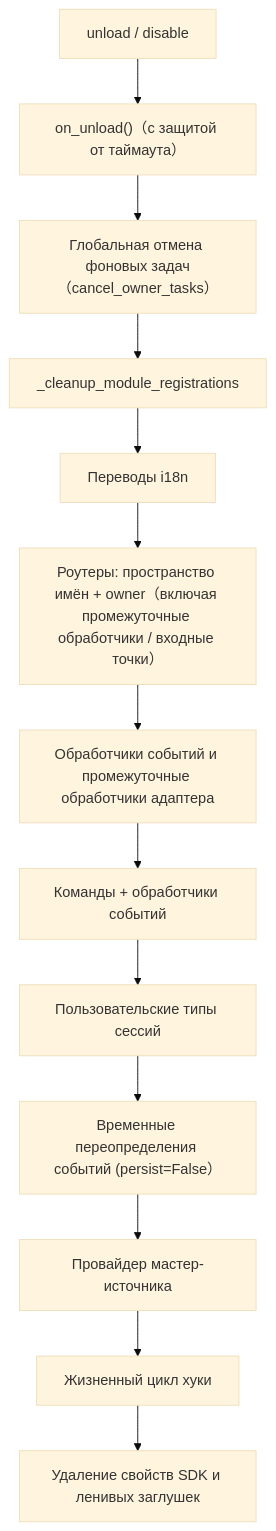
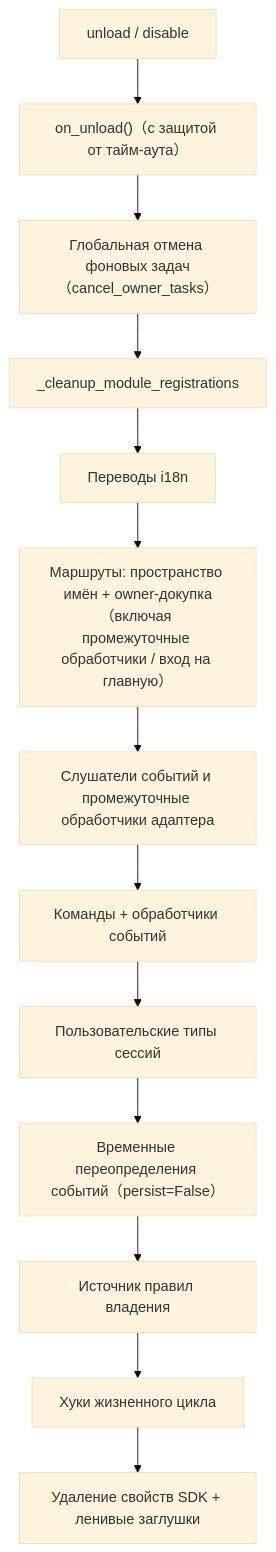
The diagram in docs/ru/advanced/ownership.md (ErisPulse/ErisPulse), drawn with Mermaid (base theme) before and after one commit. The commit also changed other lines of this file and 39 other files, not shown here.

````diff
--- a/docs/ru/advanced/ownership.md
+++ b/docs/ru/advanced/ownership.md
@@ -71,15 +73,15 @@
 ```mermaid
 flowchart TD
-    A["unload / disable"] --> B["on_unload()（с защитой от таймаута）"]
+    A["unload / disable"] --> B["on_unload()（с защитой от тайм-аута）"]
     B --> C["Глобальная отмена фоновых задач（cancel_owner_tasks）"]
     C --> D["_cleanup_module_registrations"]
     D --> D1["Переводы i18n"]
-    D1 --> D2["Роутеры: пространство имён + owner（включая промежуточные обработчики / входные точки）"]
-    D2 --> D3["Обработчики событий и промежуточные обработчики адаптера"]
+    D1 --> D2["Маршруты: пространство имён + owner-докупка<br/>（включая промежуточные обработчики / вход на главную）"]
+    D2 --> D3["Слушатели событий и промежуточные обработчики адаптера"]
     D3 --> D4["Команды + обработчики событий"]
     D4 --> D5["Пользовательские типы сессий"]
-    D5 --> D6["Временные переопределения событий (persist=False）"]
-    D6 --> D7["Провайдер мастер-источника"]
-    D7 --> D8["Жизненный цикл хуки"]
-    D8 --> E["Удаление свойств SDK и ленивых заглушек"]
+    D5 --> D6["Временные переопределения событий（persist=False）"]
+    D6 --> D7["Источник правил владения"]
+    D7 --> D8["Хуки жизненного цикла"]
+    D8 --> E["Удаление свойств SDK + ленивые заглушки"]
 ```
````
